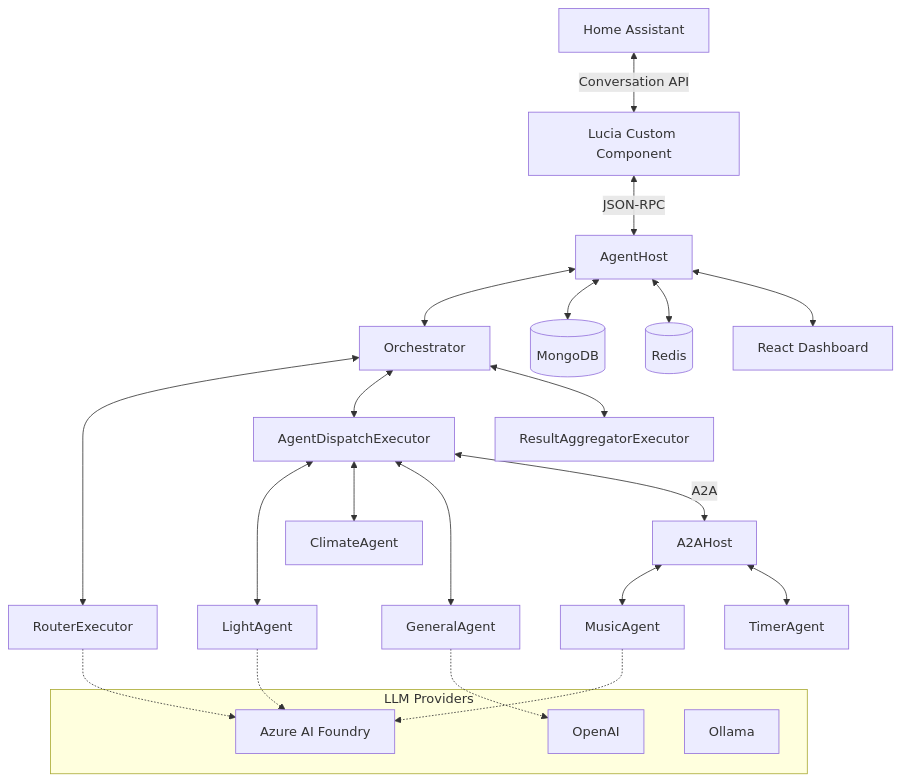
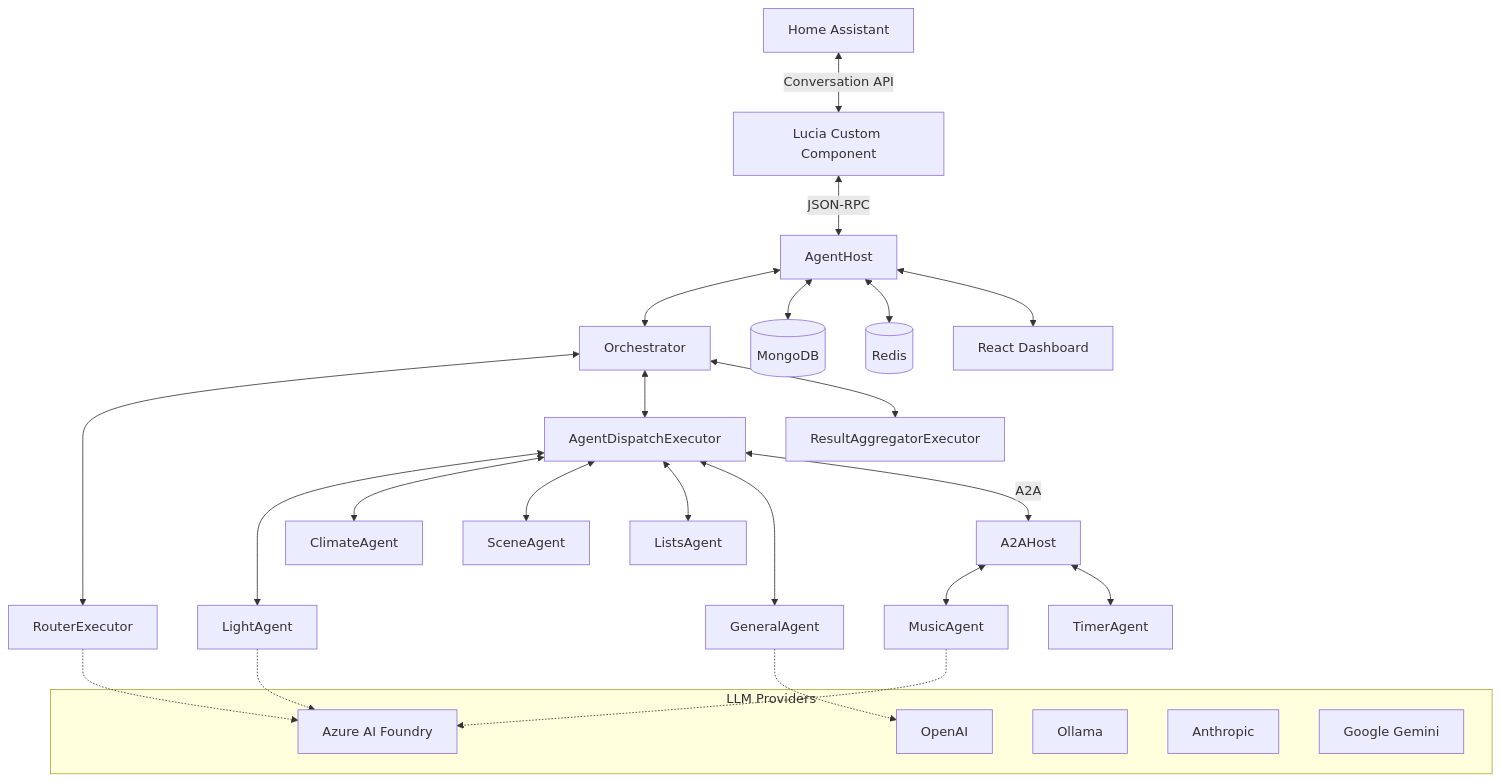
One commit to seiggy/lucia-dotnet changed the diagram in README.md. Above: the diagram before and after it, drawn with Mermaid. The commit also changed other lines of this file, not shown here.

First line of the commit message:
docs(readme): update features, roadmap, and architecture for recent releases

````diff
--- a/README.md
+++ b/README.md
@@ -244,33 +260,37 @@
 ```mermaid
 graph TB
     HA[Home Assistant] <-->|Conversation API| HP[Lucia Custom Component]
     HP <-->|JSON-RPC| AH[AgentHost]
 
     AH <--> O[Orchestrator]
     O <--> Router[RouterExecutor]
     O <--> Dispatch[AgentDispatchExecutor]
     O <--> Agg[ResultAggregatorExecutor]
 
     Dispatch <--> LA[LightAgent]
     Dispatch <--> CA[ClimateAgent]
+    Dispatch <--> SA[SceneAgent]
+    Dispatch <--> LiA[ListsAgent]
     Dispatch <--> GA[GeneralAgent]
     Dispatch <-->|A2A| A2A[A2AHost]
 
     A2A <--> MA[MusicAgent]
     A2A <--> TA[TimerAgent]
 
     AH <--> DB[(MongoDB)]
     AH <--> Cache[(Redis)]
     AH <--> Dashboard[React Dashboard]
 
     subgraph "LLM Providers"
         Azure[Azure AI Foundry]
         OAI[OpenAI]
         Ollama[Ollama]
+        Anthropic[Anthropic]
+        Gemini[Google Gemini]
     end
 
     Router -.-> Azure
     LA -.-> Azure
     GA -.-> OAI
     MA -.-> Azure
 ```
````
